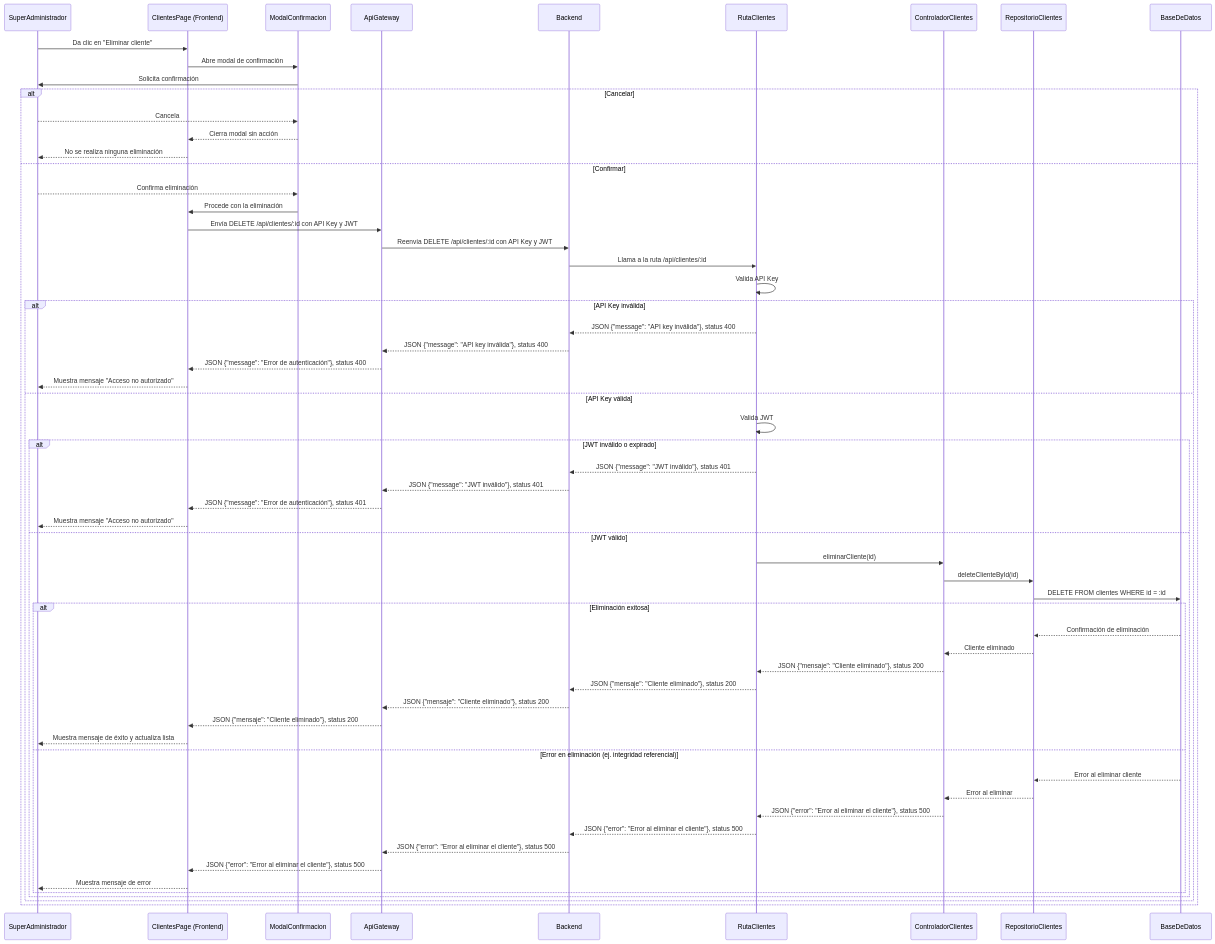
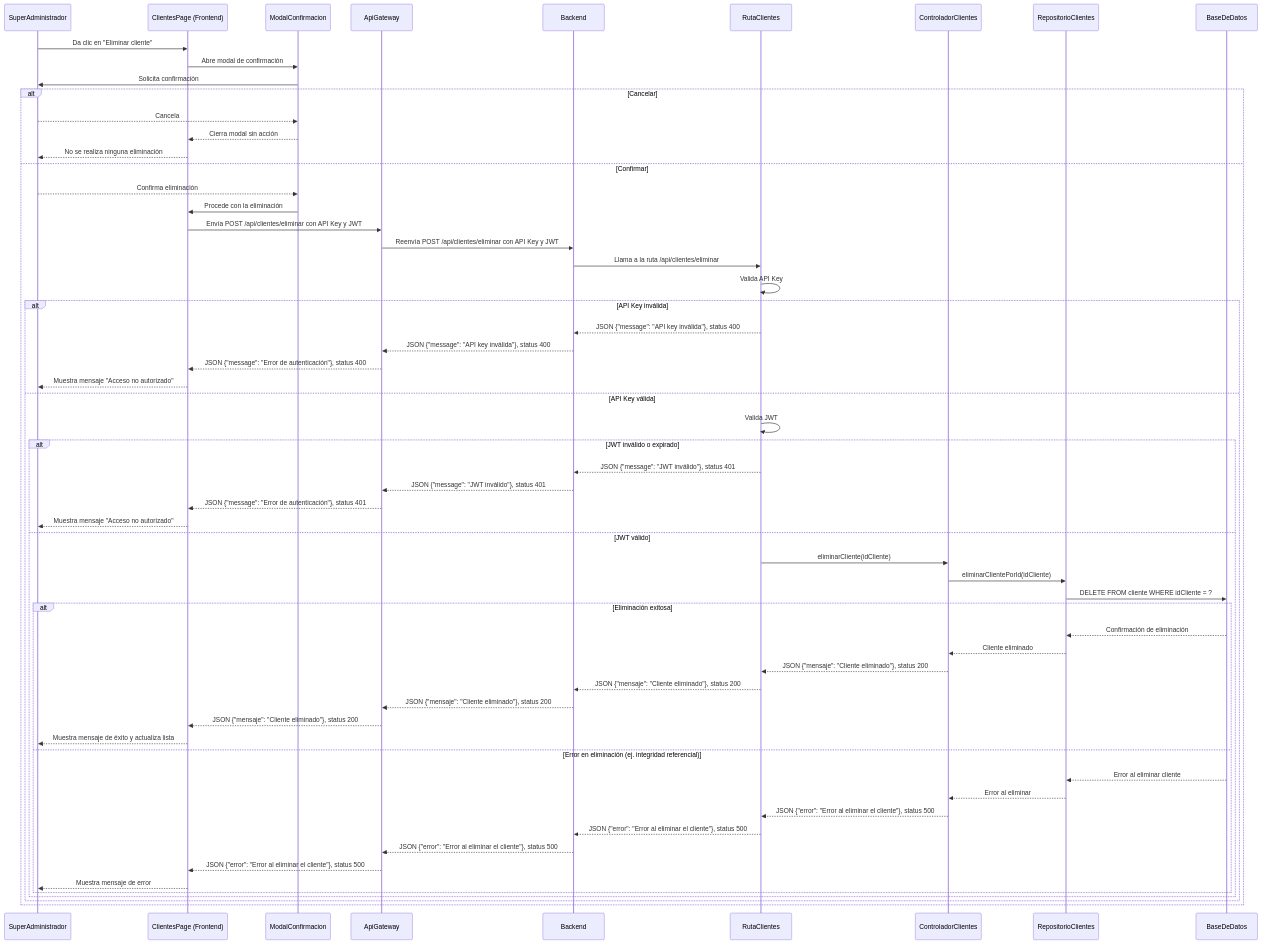
The diagram in documentation/docs/proyectos/textiles/documentacion/requisitos/RF15.md (CodeAnd-Co/Documentacion), drawn with Mermaid before and after one commit. The commit also changed 2 other files, not shown here.

Commit message:
fix: correciones de diagramas de secuencia

````diff
--- a/documentation/docs/proyectos/textiles/documentacion/requisitos/RF15.md
+++ b/documentation/docs/proyectos/textiles/documentacion/requisitos/RF15.md
@@ -27,68 +27,68 @@
 ```mermaid
 sequenceDiagram
     participant SuperAdministrador
     participant Frontend as ClientesPage (Frontend)
     participant ModalConfirmacion
     participant ApiGateway
     participant Backend
     participant RutaClientes
     participant ControladorClientes
     participant RepositorioClientes
     participant BD as BaseDeDatos
 
     SuperAdministrador->>Frontend: Da clic en "Eliminar cliente"
     Frontend->>ModalConfirmacion: Abre modal de confirmación
     ModalConfirmacion->>SuperAdministrador: Solicita confirmación
 
     alt Cancelar
         SuperAdministrador-->>ModalConfirmacion: Cancela
         ModalConfirmacion-->>Frontend: Cierra modal sin acción
         Frontend-->>SuperAdministrador: No se realiza ninguna eliminación
     else Confirmar
         SuperAdministrador-->>ModalConfirmacion: Confirma eliminación
         ModalConfirmacion->>Frontend: Procede con la eliminación
-        Frontend->>ApiGateway: Envía DELETE /api/clientes/:id con API Key y JWT
-        ApiGateway->>Backend: Reenvía DELETE /api/clientes/:id con API Key y JWT
-        Backend->>RutaClientes: Llama a la ruta /api/clientes/:id
+        Frontend->>ApiGateway: Envía POST /api/clientes/eliminar con API Key y JWT
+        ApiGateway->>Backend: Reenvía POST /api/clientes/eliminar con API Key y JWT
+        Backend->>RutaClientes: Llama a la ruta /api/clientes/eliminar
 
         RutaClientes->>RutaClientes: Valida API Key
 
         alt API Key inválida
             RutaClientes-->>Backend: JSON {"message": "API key inválida"}, status 400
             Backend-->>ApiGateway: JSON {"message": "API key inválida"}, status 400
             ApiGateway-->>Frontend: JSON {"message": "Error de autenticación"}, status 400
             Frontend-->>SuperAdministrador: Muestra mensaje "Acceso no autorizado"
         else API Key válida
             RutaClientes->>RutaClientes: Valida JWT
 
             alt JWT inválido o expirado
                 RutaClientes-->>Backend: JSON {"message": "JWT inválido"}, status 401
                 Backend-->>ApiGateway: JSON {"message": "JWT inválido"}, status 401
                 ApiGateway-->>Frontend: JSON {"message": "Error de autenticación"}, status 401
                 Frontend-->>SuperAdministrador: Muestra mensaje "Acceso no autorizado"
             else JWT válido
-                RutaClientes->>ControladorClientes: eliminarCliente(id)
-                ControladorClientes->>RepositorioClientes: deleteClienteById(id)
-                RepositorioClientes->>BD: DELETE FROM clientes WHERE id = :id
+                RutaClientes->>ControladorClientes: eliminarCliente(idCliente)
+                ControladorClientes->>RepositorioClientes: eliminarClientePorId(idCliente)
+                RepositorioClientes->>BD: DELETE FROM cliente WHERE idCliente = ?
 
                 alt Eliminación exitosa
                     BD-->>RepositorioClientes: Confirmación de eliminación
                     RepositorioClientes-->>ControladorClientes: Cliente eliminado
                     ControladorClientes-->>RutaClientes: JSON {"mensaje": "Cliente eliminado"}, status 200
                     RutaClientes-->>Backend: JSON {"mensaje": "Cliente eliminado"}, status 200
                     Backend-->>ApiGateway: JSON {"mensaje": "Cliente eliminado"}, status 200
                     ApiGateway-->>Frontend: JSON {"mensaje": "Cliente eliminado"}, status 200
                     Frontend-->>SuperAdministrador: Muestra mensaje de éxito y actualiza lista
                 else Error en eliminación (ej. integridad referencial)
                     BD-->>RepositorioClientes: Error al eliminar cliente
                     RepositorioClientes-->>ControladorClientes: Error al eliminar
                     ControladorClientes-->>RutaClientes: JSON {"error": "Error al eliminar el cliente"}, status 500
                     RutaClientes-->>Backend: JSON {"error": "Error al eliminar el cliente"}, status 500
                     Backend-->>ApiGateway: JSON {"error": "Error al eliminar el cliente"}, status 500
                     ApiGateway-->>Frontend: JSON {"error": "Error al eliminar el cliente"}, status 500
                     Frontend-->>SuperAdministrador: Muestra mensaje de error
                 end
             end
         end
     end
 ```
````
